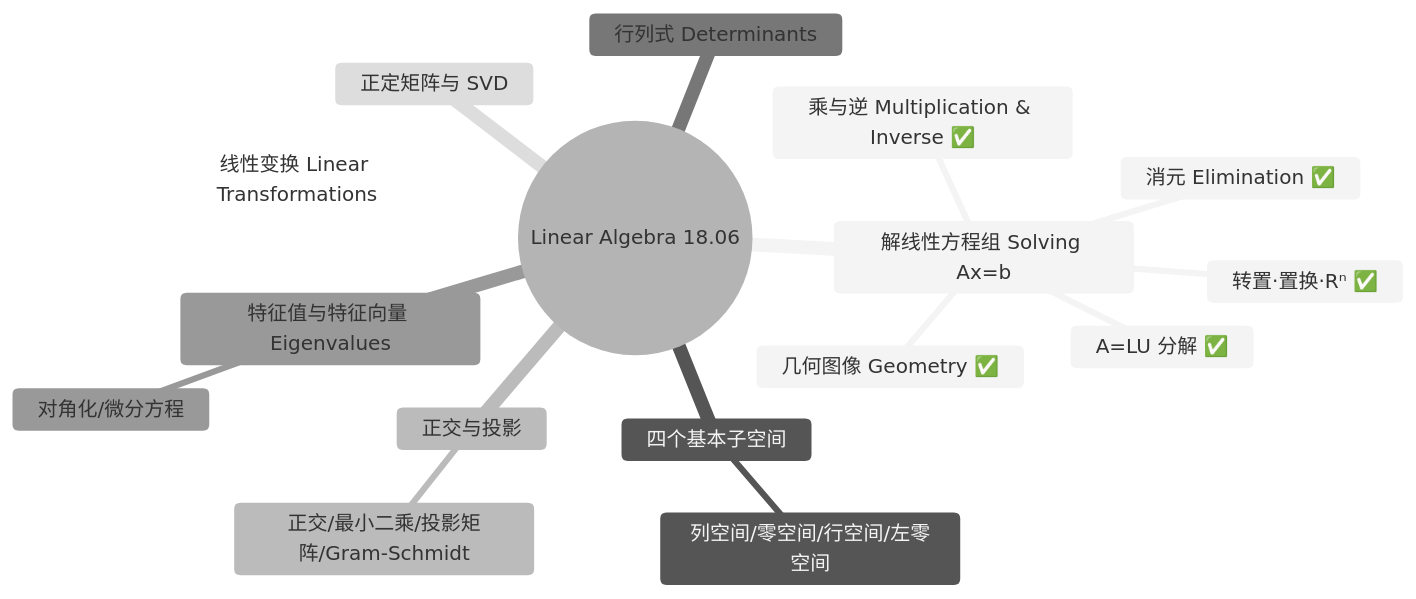
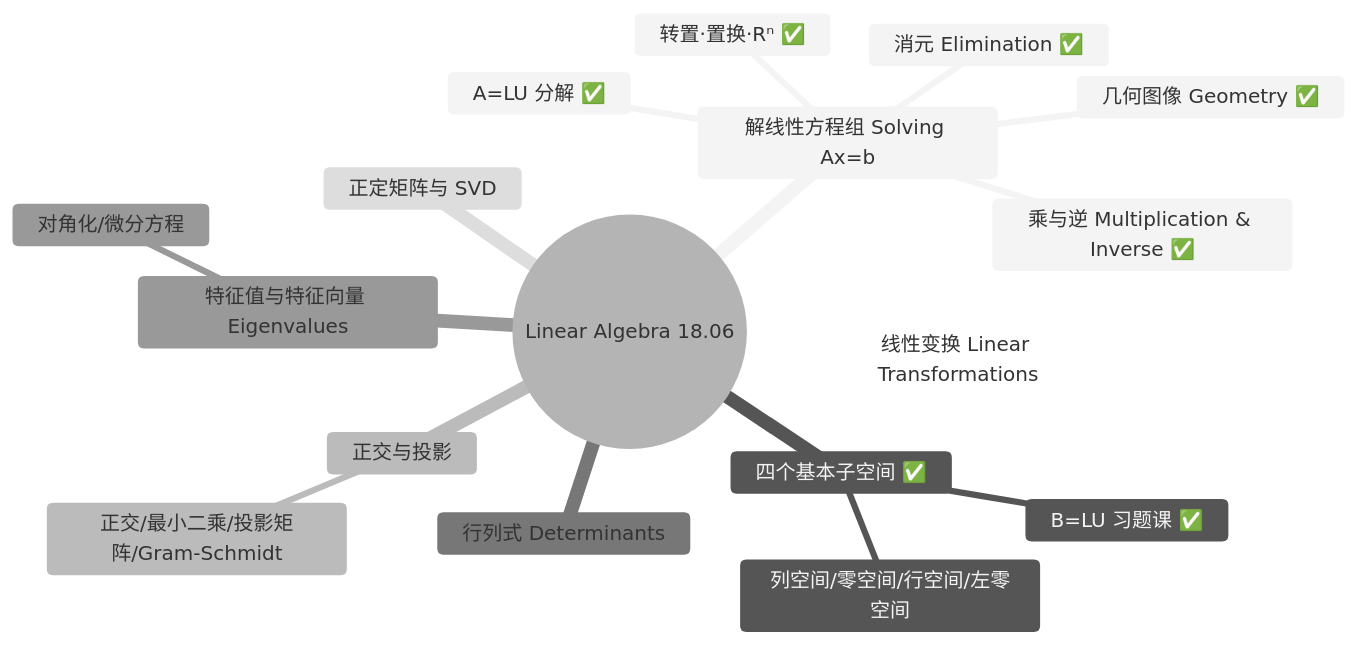
One commit to Korotomx/STD changed the diagram in Math/Linear Algebra/主页.md. Above: the diagram before and after it, drawn with Mermaid (neutral theme). The commit also changed other lines of this file and 4 other files, not shown here.

````diff
--- a/Math/Linear Algebra/主页.md
+++ b/Math/Linear Algebra/主页.md
@@ -13,19 +13,20 @@
 ```mermaid
 mindmap
   root((Linear Algebra 18.06))
     解线性方程组 Solving Ax=b
       几何图像 Geometry ✅
       消元 Elimination ✅
       乘与逆 Multiplication & Inverse ✅
       A=LU 分解 ✅
       转置·置换·Rⁿ ✅
-    四个基本子空间
+    四个基本子空间 ✅
       列空间/零空间/行空间/左零空间
+      B=LU 习题课 ✅
     正交与投影
       正交/最小二乘/投影矩阵/Gram-Schmidt
     行列式 Determinants
     特征值与特征向量 Eigenvalues
       对角化/微分方程
     正定矩阵与 SVD
     线性变换 Linear Transformations
 ```
````
